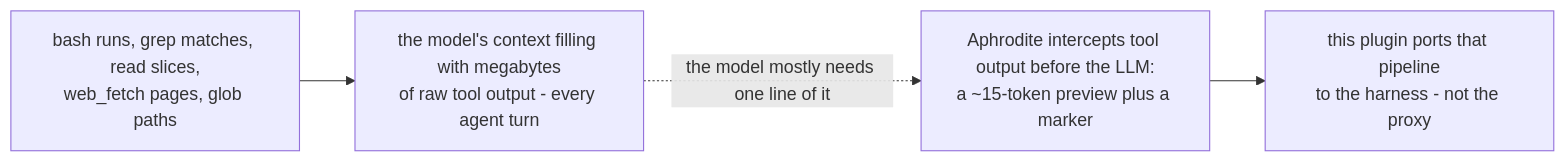
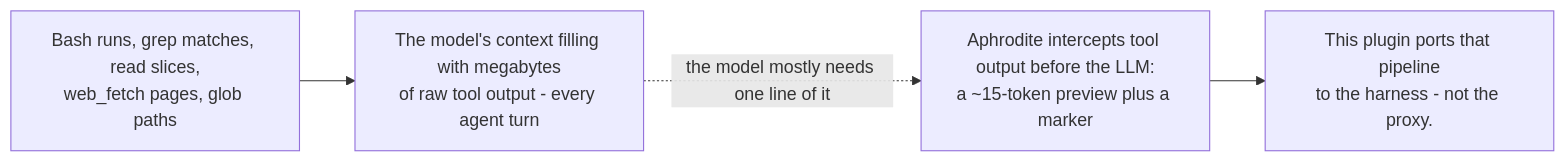
One commit to PlayForm/Site-DeepSeek changed the diagram in Source/Content/Mermaid/ccr-problem.mmd. Above: the diagram before and after it, drawn with Mermaid. The commit also changed 41 other files, not shown here.

```diff
--- a/Source/Content/Mermaid/ccr-problem.mmd
+++ b/Source/Content/Mermaid/ccr-problem.mmd
@@ -1,4 +1,4 @@
 flowchart LR
-	TOOLS["bash runs, grep matches, read slices,<br/>web_fetch pages, glob paths"] --> CTX["the model's context filling with megabytes<br/>of raw tool output - every agent turn"]
+	TOOLS["Bash runs, grep matches, read slices,<br/>web_fetch pages, glob paths"] --> CTX["The model's context filling with megabytes<br/>of raw tool output - every agent turn"]
 	CTX -. "the model mostly needs one line of it" .-> APH["Aphrodite intercepts tool output before the LLM:<br/>a ~15-token preview plus a marker"]
-	APH --> PORT["this plugin ports that pipeline<br/>to the harness - not the proxy"]
+	APH --> PORT["This plugin ports that pipeline<br/>to the harness - not the proxy."]
```
